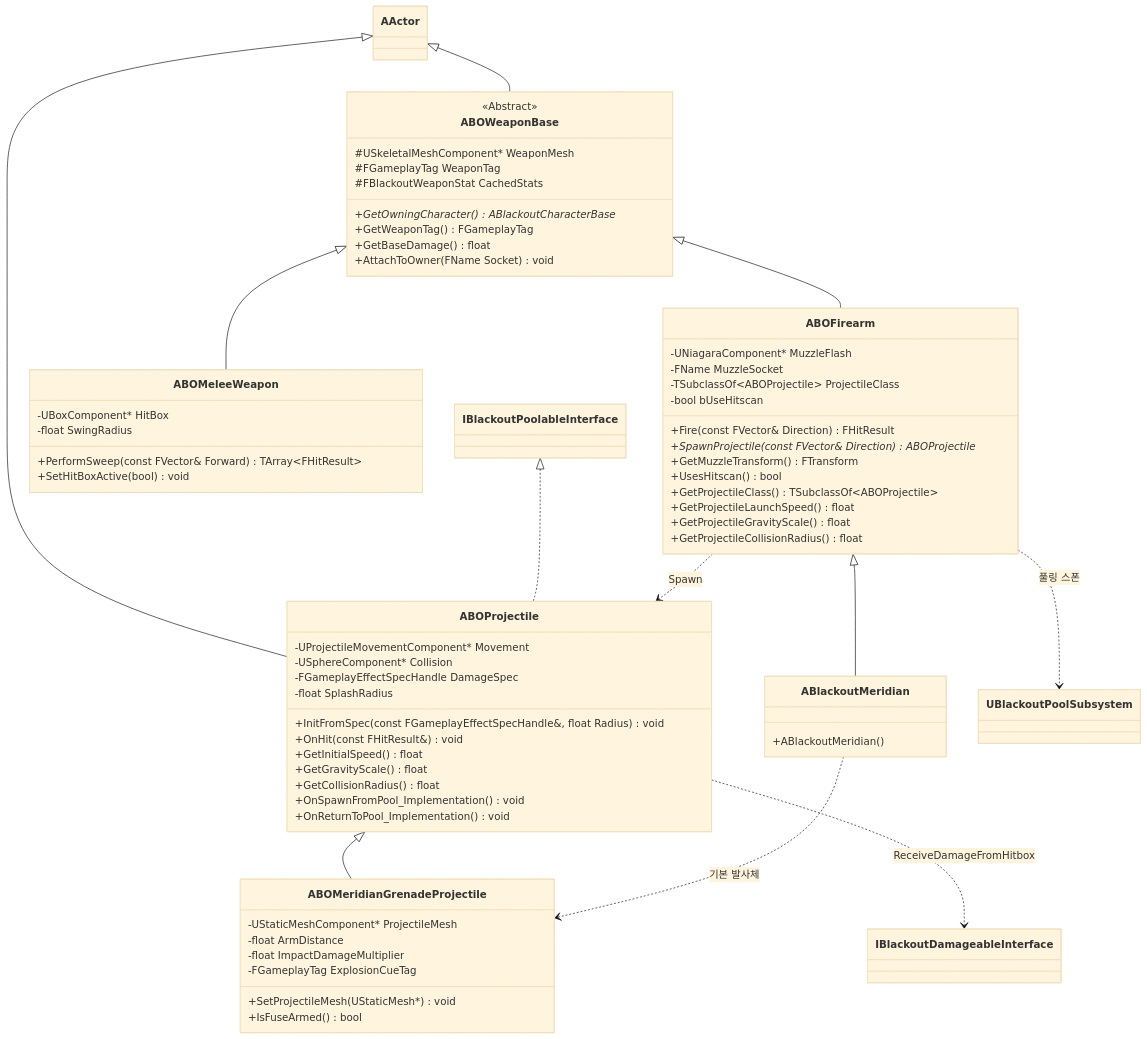
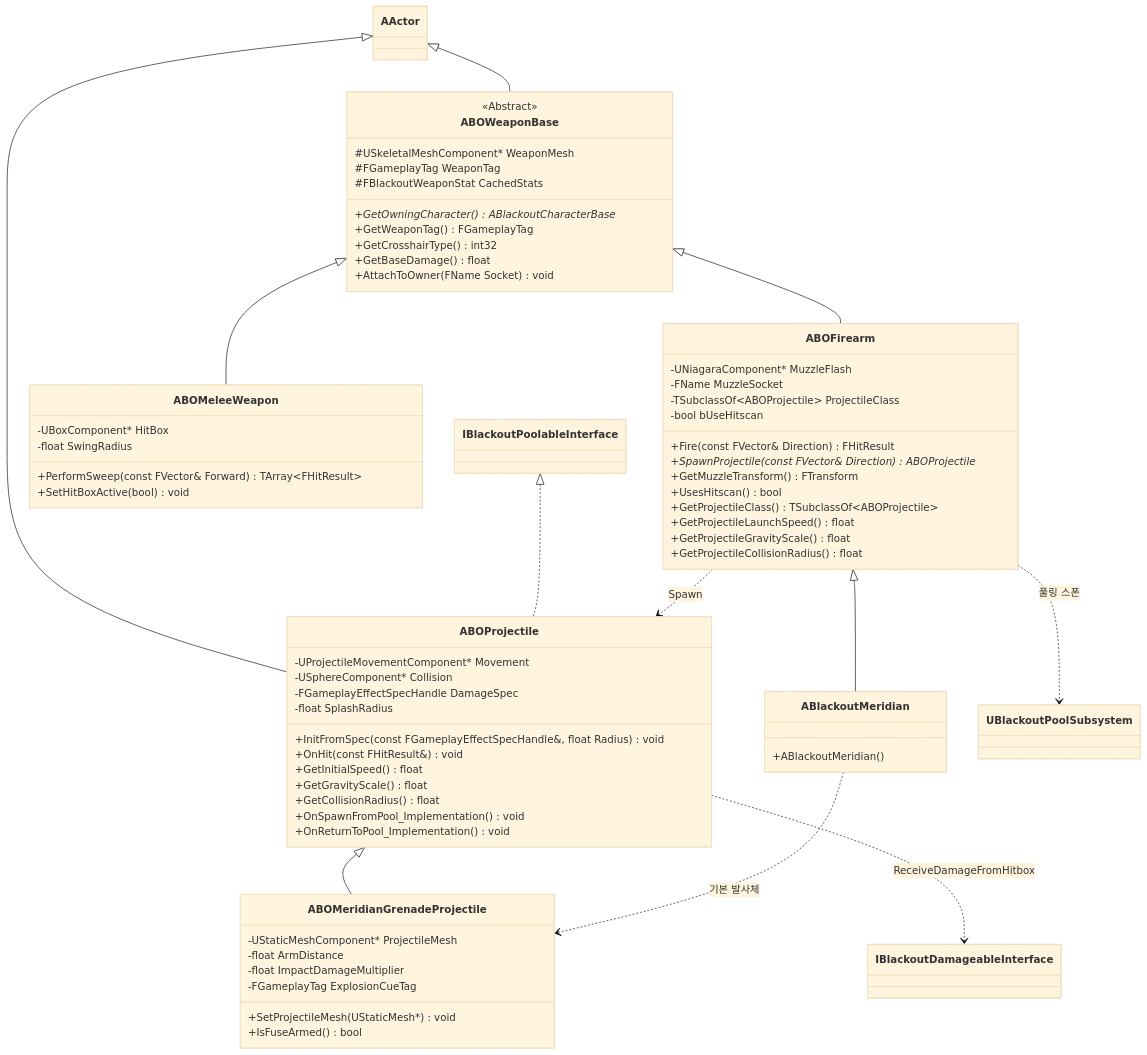
One commit to ThunderVolt45/ProjectBlackout changed the diagram in Docs/Combat/02_Weapon_Hierarchy.md. Above: the diagram before and after it, drawn with Mermaid (base theme). The commit also changed other lines of this file and 11 other files, not shown here.

````diff
--- a/Docs/Combat/02_Weapon_Hierarchy.md
+++ b/Docs/Combat/02_Weapon_Hierarchy.md
@@ -5,78 +5,79 @@
 ```mermaid
 classDiagram
     direction TB
 
     AActor <|-- ABOWeaponBase
     ABOWeaponBase <|-- ABOFirearm
     ABOWeaponBase <|-- ABOMeleeWeapon
     AActor <|-- ABOProjectile
     ABOFirearm <|-- ABlackoutMeridian
     ABOProjectile <|-- ABOMeridianGrenadeProjectile
 
     IBlackoutPoolableInterface <|.. ABOProjectile
 
     class ABOWeaponBase {
         <<Abstract>>
         #USkeletalMeshComponent* WeaponMesh
         #FGameplayTag WeaponTag
         #FBlackoutWeaponStat CachedStats
         +GetOwningCharacter() ABlackoutCharacterBase*
         +GetWeaponTag() FGameplayTag
+        +GetCrosshairType() int32
         +GetBaseDamage() float
         +AttachToOwner(FName Socket) void
     }
 
     class ABOFirearm {
         -UNiagaraComponent* MuzzleFlash
         -FName MuzzleSocket
         -TSubclassOf~ABOProjectile~ ProjectileClass
         -bool bUseHitscan
         +Fire(const FVector& Direction) FHitResult
         +SpawnProjectile(const FVector& Direction) ABOProjectile*
         +GetMuzzleTransform() FTransform
         +UsesHitscan() bool
         +GetProjectileClass() TSubclassOf~ABOProjectile~
         +GetProjectileLaunchSpeed() float
         +GetProjectileGravityScale() float
         +GetProjectileCollisionRadius() float
     }
 
     class ABOMeleeWeapon {
         -UBoxComponent* HitBox
         -float SwingRadius
         +PerformSweep(const FVector& Forward) TArray~FHitResult~
         +SetHitBoxActive(bool) void
     }
 
     class ABOProjectile {
         -UProjectileMovementComponent* Movement
         -USphereComponent* Collision
         -FGameplayEffectSpecHandle DamageSpec
         -float SplashRadius
         +InitFromSpec(const FGameplayEffectSpecHandle&, float Radius) void
         +OnHit(const FHitResult&) void
         +GetInitialSpeed() float
         +GetGravityScale() float
         +GetCollisionRadius() float
         +OnSpawnFromPool_Implementation() void
         +OnReturnToPool_Implementation() void
     }
 
     class ABlackoutMeridian {
         +ABlackoutMeridian()
     }
 
     class ABOMeridianGrenadeProjectile {
         -UStaticMeshComponent* ProjectileMesh
         -float ArmDistance
         -float ImpactDamageMultiplier
         -FGameplayTag ExplosionCueTag
         +SetProjectileMesh(UStaticMesh*) void
         +IsFuseArmed() bool
     }
 
     ABOFirearm ..> ABOProjectile : Spawn
     ABlackoutMeridian ..> ABOMeridianGrenadeProjectile : 기본 발사체
     ABOFirearm ..> UBlackoutPoolSubsystem : 풀링 스폰
     ABOProjectile ..> IBlackoutDamageableInterface : ReceiveDamageFromHitbox
 ```
````
